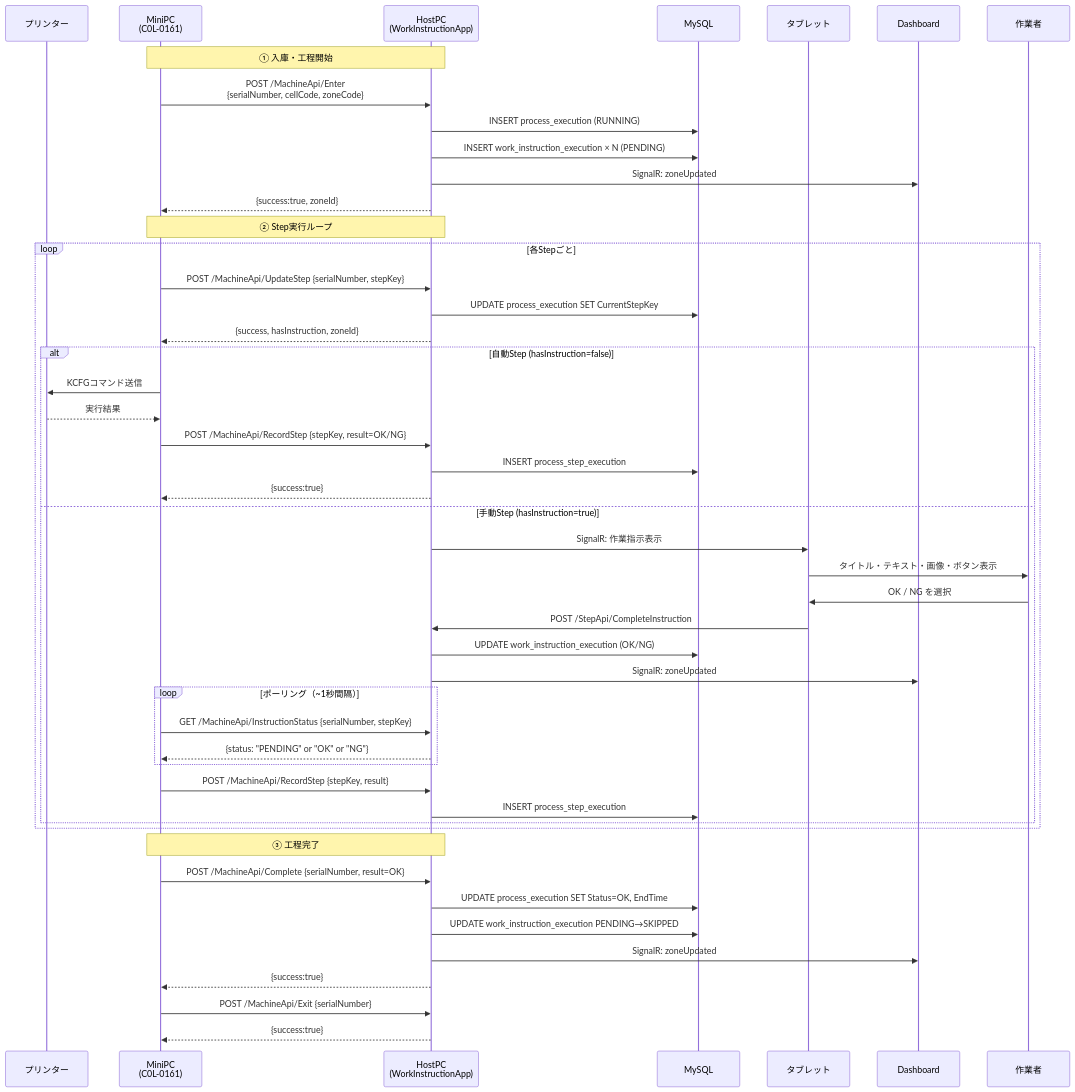
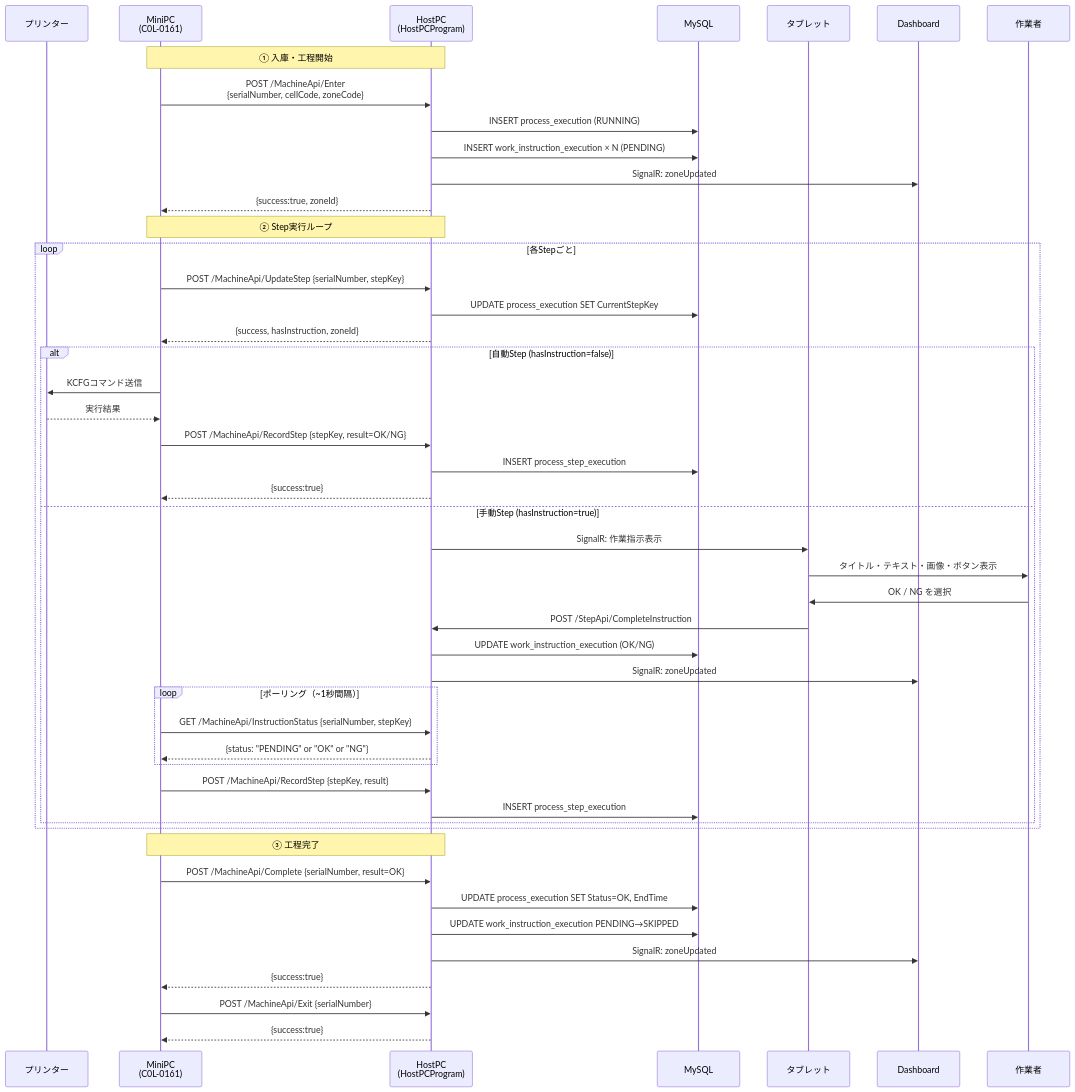
Before and after one commit to namagi14-lab/spica-warranty-design: the first of 4 diagrams in docs/05_sequence.md, drawn with Mermaid. The commit also changed 7 other files, not shown here.

First line of the commit message:
fix: WorkInstructionApp→HostPCProgram に文言統一、README目次を更新

````diff
--- a/docs/05_sequence.md
+++ b/docs/05_sequence.md
@@ -7,60 +7,60 @@
 ```mermaid
 sequenceDiagram
   participant P  as プリンター
   participant M  as MiniPC<br>(C0L-0161)
-  participant H  as HostPC<br>(WorkInstructionApp)
+  participant H  as HostPC<br>(HostPCProgram)
   participant DB as MySQL
   participant T  as タブレット
   participant D  as Dashboard
 
   Note over M,H: ① 入庫・工程開始
 
   M->>H: POST /MachineApi/Enter<br>{serialNumber, cellCode, zoneCode}
   H->>DB: INSERT process_execution (RUNNING)
   H->>DB: INSERT work_instruction_execution × N (PENDING)
   H->>D: SignalR: zoneUpdated
   H-->>M: {success:true, zoneId}
 
   Note over M,H: ② Step実行ループ
 
   loop 各Stepごと
     M->>H: POST /MachineApi/UpdateStep {serialNumber, stepKey}
     H->>DB: UPDATE process_execution SET CurrentStepKey
     H-->>M: {success, hasInstruction, zoneId}
 
     alt 自動Step (hasInstruction=false)
       M->>P: KCFGコマンド送信
       P-->>M: 実行結果
       M->>H: POST /MachineApi/RecordStep {stepKey, result=OK/NG}
       H->>DB: INSERT process_step_execution
       H-->>M: {success:true}
 
     else 手動Step (hasInstruction=true)
       H->>T: SignalR: 作業指示表示
       T->>作業者: タイトル・テキスト・画像・ボタン表示
       作業者->>T: OK / NG を選択
       T->>H: POST /StepApi/CompleteInstruction
       H->>DB: UPDATE work_instruction_execution (OK/NG)
       H->>D: SignalR: zoneUpdated
 
       loop ポーリング（~1秒間隔）
         M->>H: GET /MachineApi/InstructionStatus {serialNumber, stepKey}
         H-->>M: {status: "PENDING" or "OK" or "NG"}
       end
 
       M->>H: POST /MachineApi/RecordStep {stepKey, result}
       H->>DB: INSERT process_step_execution
     end
   end
 
   Note over M,H: ③ 工程完了
 
   M->>H: POST /MachineApi/Complete {serialNumber, result=OK}
   H->>DB: UPDATE process_execution SET Status=OK, EndTime
   H->>DB: UPDATE work_instruction_execution PENDING→SKIPPED
   H->>D: SignalR: zoneUpdated
   H-->>M: {success:true}
 
   M->>H: POST /MachineApi/Exit {serialNumber}
   H-->>M: {success:true}
 ```
````
